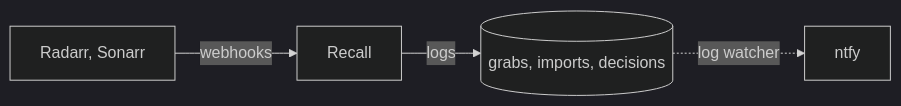
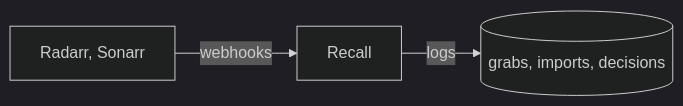
One commit to santiagosayshey/recall changed the diagram in docs/design.md. Above: the diagram before and after it, drawn with Mermaid (dark theme). The commit also changed other lines of this file and 1 other file, not shown here.

````diff
--- a/docs/design.md
+++ b/docs/design.md
@@ -35,6 +35,5 @@
 ```mermaid
 flowchart LR
     arr["Radarr, Sonarr"] -->|webhooks| recall[Recall]
     recall -->|logs| files[(grabs, imports, decisions)]
-    files -.->|log watcher| ntfy
 ```
````
